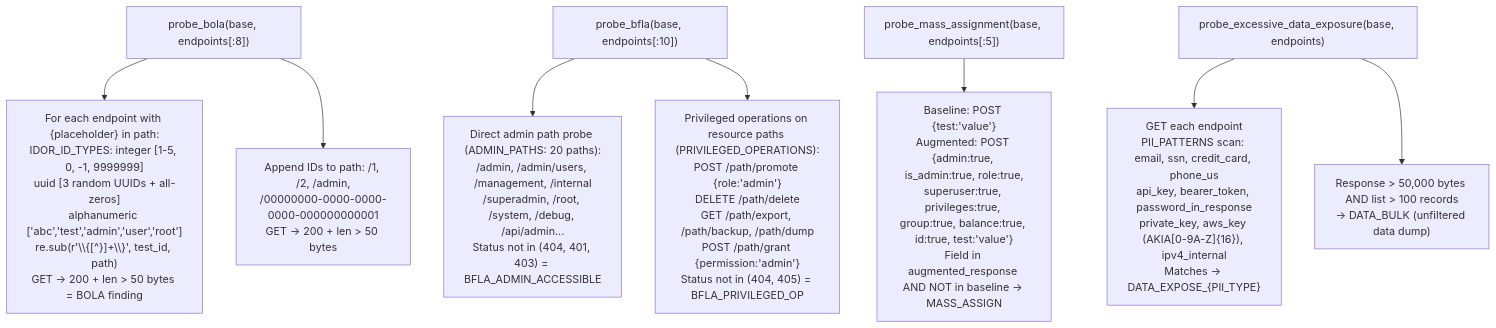
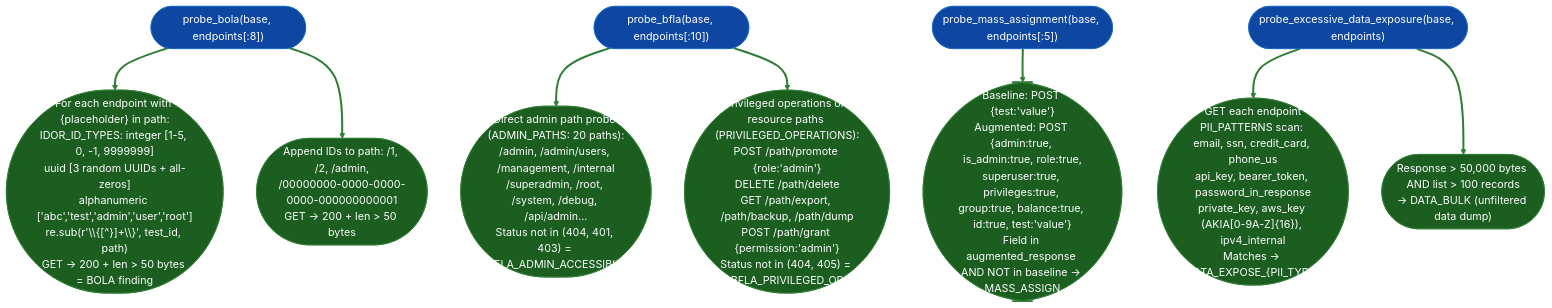
The diagram in docs/reference-modules/api-authorization-checks.md (Ablation-Tool/ablation), drawn with Mermaid before and after one commit. The commit also changed 320 other files, not shown here.

First line of the commit message:
docs: apply canonical Mermaid template to all 321 diagrams

````diff
--- a/docs/reference-modules/api-authorization-checks.md
+++ b/docs/reference-modules/api-authorization-checks.md
@@ -19,10 +19,23 @@
 ```mermaid
 flowchart TD
-    A["probe_bola(base, endpoints[:8])"] --> B["For each endpoint with {placeholder} in path:\nIDOR_ID_TYPES: integer [1-5, 0, -1, 9999999]\nuuid [3 random UUIDs + all-zeros]\nalphanumeric ['abc','test','admin','user','root']\nre.sub(r'\\{[^}]+\\}', test_id, path)\nGET → 200 + len > 50 bytes = BOLA finding"]
-    A --> C["Append IDs to path: /1, /2, /admin,\n/00000000-0000-0000-0000-000000000001\nGET → 200 + len > 50 bytes"]
-    D["probe_bfla(base, endpoints[:10])"] --> E["Direct admin path probe (ADMIN_PATHS: 20 paths):\n/admin, /admin/users, /management, /internal\n/superadmin, /root, /system, /debug, /api/admin...\nStatus not in (404, 401, 403) = BFLA_ADMIN_ACCESSIBLE"]
-    D --> F["Privileged operations on resource paths (PRIVILEGED_OPERATIONS):\nPOST /path/promote {role:'admin'}\nDELETE /path/delete\nGET /path/export, /path/backup, /path/dump\nPOST /path/grant {permission:'admin'}\nStatus not in (404, 405) = BFLA_PRIVILEGED_OP"]
-    G["probe_mass_assignment(base, endpoints[:5])"] --> H["Baseline: POST {test:'value'}\nAugmented: POST {admin:true, is_admin:true, role:true,\nsuperuser:true, privileges:true, group:true, balance:true, id:true, test:'value'}\nField in augmented_response AND NOT in baseline → MASS_ASSIGN"]
-    I["probe_excessive_data_exposure(base, endpoints)"] --> J["GET each endpoint\nPII_PATTERNS scan: email, ssn, credit_card, phone_us\napi_key, bearer_token, password_in_response\nprivate_key, aws_key (AKIA[0-9A-Z]{16}), ipv4_internal\nMatches → DATA_EXPOSE_{PII_TYPE}"]
-    I --> K["Response > 50,000 bytes AND list > 100 records\n→ DATA_BULK (unfiltered data dump)"]
+    A(["probe_bola(base, endpoints[:8])"]):::input --> B(["For each endpoint with {placeholder} in path:\nIDOR_ID_TYPES: integer [1-5, 0, -1, 9999999]\nuuid [3 random UUIDs + all-zeros]\nalphanumeric ['abc','test','admin','user','root']\nre.sub(r'\\{[^}]+\\}', test_id, path)\nGET → 200 + len > 50 bytes = BOLA finding"]):::output
+    A:::input --> C(["Append IDs to path: /1, /2, /admin,\n/00000000-0000-0000-0000-000000000001\nGET → 200 + len > 50 bytes"]):::output
+    D(["probe_bfla(base, endpoints[:10])"]):::input --> E(["Direct admin path probe (ADMIN_PATHS: 20 paths):\n/admin, /admin/users, /management, /internal\n/superadmin, /root, /system, /debug, /api/admin...\nStatus not in (404, 401, 403) = BFLA_ADMIN_ACCESSIBLE"]):::output
+    D:::input --> F(["Privileged operations on resource paths (PRIVILEGED_OPERATIONS):\nPOST /path/promote {role:'admin'}\nDELETE /path/delete\nGET /path/export, /path/backup, /path/dump\nPOST /path/grant {permission:'admin'}\nStatus not in (404, 405) = BFLA_PRIVILEGED_OP"]):::output
+    G(["probe_mass_assignment(base, endpoints[:5])"]):::input --> H(["Baseline: POST {test:'value'}\nAugmented: POST {admin:true, is_admin:true, role:true,\nsuperuser:true, privileges:true, group:true, balance:true, id:true, test:'value'}\nField in augmented_response AND NOT in baseline → MASS_ASSIGN"]):::output
+    I(["probe_excessive_data_exposure(base, endpoints)"]):::input --> J(["GET each endpoint\nPII_PATTERNS scan: email, ssn, credit_card, phone_us\napi_key, bearer_token, password_in_response\nprivate_key, aws_key (AKIA[0-9A-Z]{16}), ipv4_internal\nMatches → DATA_EXPOSE_{PII_TYPE}"]):::output
+    I:::input --> K(["Response > 50,000 bytes AND list > 100 records\n→ DATA_BULK (unfiltered data dump)"]):::output
+    classDef input     fill:#0d47a1,stroke:#1565c0,color:#fff
+    classDef primary   fill:#e65100,stroke:#bf360c,color:#fff
+    classDef secondary fill:#004d40,stroke:#00695c,color:#fff
+    classDef tertiary  fill:#4a148c,stroke:#6a1b9a,color:#fff
+    classDef neutral   fill:#37474f,stroke:#546e7a,color:#fff
+    classDef output    fill:#1b5e20,stroke:#2e7d32,color:#fff
+    linkStyle 0 stroke:#2e7d32,stroke-width:3px
+    linkStyle 1 stroke:#2e7d32,stroke-width:3px
+    linkStyle 2 stroke:#2e7d32,stroke-width:3px
+    linkStyle 3 stroke:#2e7d32,stroke-width:3px
+    linkStyle 4 stroke:#2e7d32,stroke-width:3px
+    linkStyle 5 stroke:#2e7d32,stroke-width:3px
+    linkStyle 6 stroke:#2e7d32,stroke-width:3px
 ```
````
